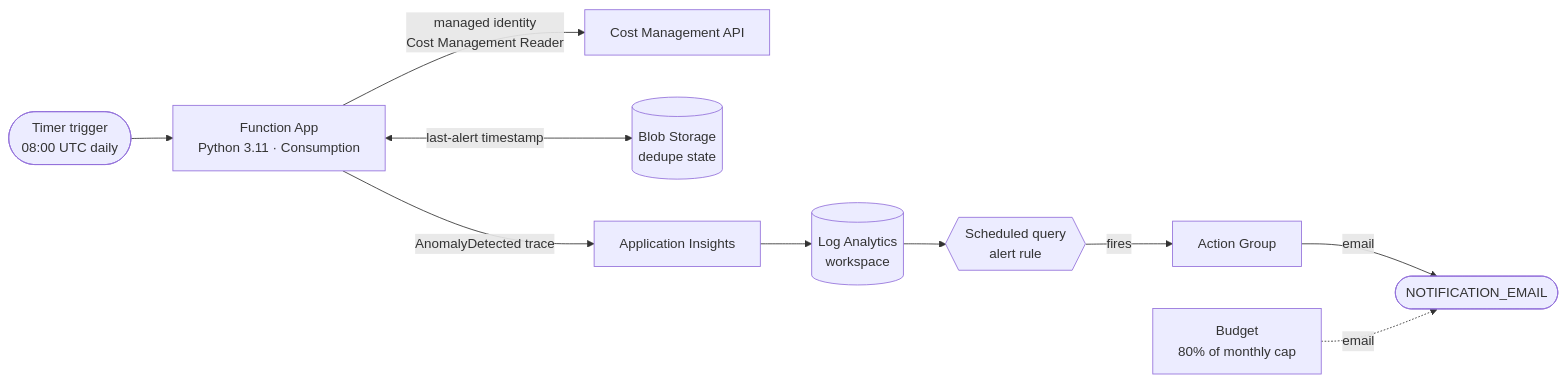
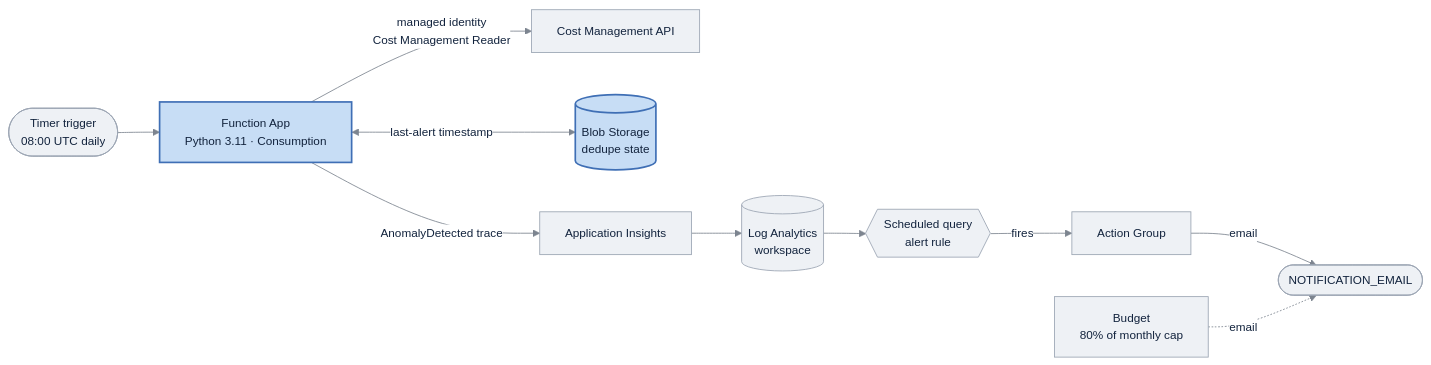
Before and after one commit to realitylvn/azure-cost-sentinel: the diagram in README.md, drawn with Mermaid.

Commit message:
README: pin Mermaid diagram colors for readability (dark text, light nodes) in both GitHub themes

````diff
--- a/README.md
+++ b/README.md
@@ -39,15 +39,29 @@
 ```mermaid
+%%{init: {'theme':'base', 'themeVariables': {
+  'fontSize':'14px',
+  'primaryColor':'#dce8fa',
+  'primaryTextColor':'#12233d',
+  'primaryBorderColor':'#5b7fbf',
+  'lineColor':'#7d8590',
+  'textColor':'#12233d',
+  'edgeLabelBackground':'#ffffff'
+}}}%%
 flowchart LR
     timer([Timer trigger<br/>08:00 UTC daily]) --> fn[Function App<br/>Python 3.11 · Consumption]
 
     fn -->|"managed identity<br/>Cost Management Reader"| cm[Cost Management API]
     fn <-->|"last-alert timestamp"| blob[(Blob Storage<br/>dedupe state)]
     fn -->|"AnomalyDetected trace"| ai[Application Insights]
 
     ai --> law[(Log Analytics<br/>workspace)]
     law --> alert{{Scheduled query<br/>alert rule}}
     alert -->|fires| ag[Action Group]
     ag -->|email| mail([NOTIFICATION_EMAIL])
 
     budget[Budget<br/>80% of monthly cap] -.->|email| mail
+
+    classDef built fill:#c7ddf5,stroke:#3f6fb5,stroke-width:2px,color:#12233d;
+    classDef ext fill:#eef1f5,stroke:#9aa4b2,color:#12233d;
+    class fn,blob built;
+    class timer,cm,ai,law,alert,ag,mail,budget ext;
 ```
````
